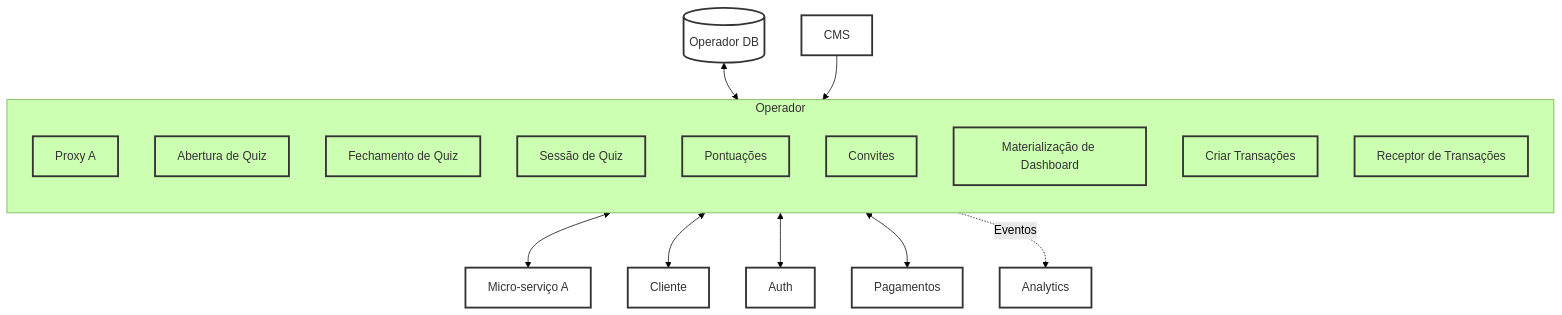
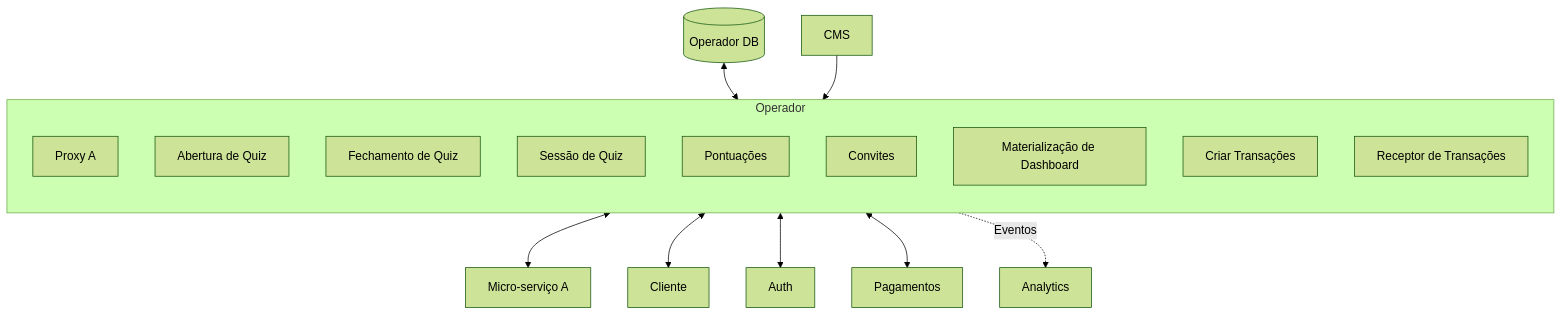
The second of 9 diagrams in README.md (FormigTeen/spec-arch), drawn with Mermaid (forest theme) before and after one commit. The commit also changed other lines of this file and 1 other file, not shown here.

````diff
--- a/README.md
+++ b/README.md
@@ -135,35 +130,31 @@
 ```mermaid
 flowchart TB
-  classDef comp fill:transparent,stroke:#333,stroke-width:2.5px,color:#333
-  classDef compCore fill:transparent,stroke:#333,stroke-width:3px,color:#333
-  classDef db fill:transparent,stroke:#333,stroke-width:2.5px,color:#333
+  CLI[Cliente]
+  AUTH[Auth]
+  PAY[Pagamentos]
+  NOTIF[Analytics]
+  DB_OPER[(Operador DB)]
+  MSA[Micro-serviço A]
+  CMS[CMS]
 
-  CLI["Cliente"]:::comp
-  AUTH["Auth"]:::comp
-  PAY["Pagamentos"]:::comp
-  NOTIF["Analytics"]:::comp
-  DB_OPER[(Operador DB)]:::db
-  MSA["Micro-serviço A"]:::comp
-  CMS["CMS"]:::comp
-
-  subgraph OPER["Operador"]
+  subgraph OPER[Operador]
     direction TB
-    PROXY["Proxy A"]:::comp
-    ABQ["Abertura de Quiz"]:::comp
-    FEQ["Fechamento de Quiz"]:::comp
-    SEQ["Sessão de Quiz"]:::comp
-    PONT["Pontuações"]:::comp
-    CONV["Convites"]:::comp
-    MAT["Materialização de Dashboard"]:::comp
-    CT["Criar Transações"]:::comp
-    RT["Receptor de Transações"]:::comp
+    PROXY[Proxy A]
+    ABQ[Abertura de Quiz]
+    FEQ[Fechamento de Quiz]
+    SEQ[Sessão de Quiz]
+    PONT[Pontuações]
+    CONV[Convites]
+    MAT[Materialização de Dashboard]
+    CT[Criar Transações]
+    RT[Receptor de Transações]
   end
 
   DB_OPER <--> OPER
   OPER <--> CLI
   OPER <--> AUTH
   OPER <--> PAY
   OPER -. Eventos .-> NOTIF
   CMS --> OPER
   PROXY <--> MSA
 ```
````
